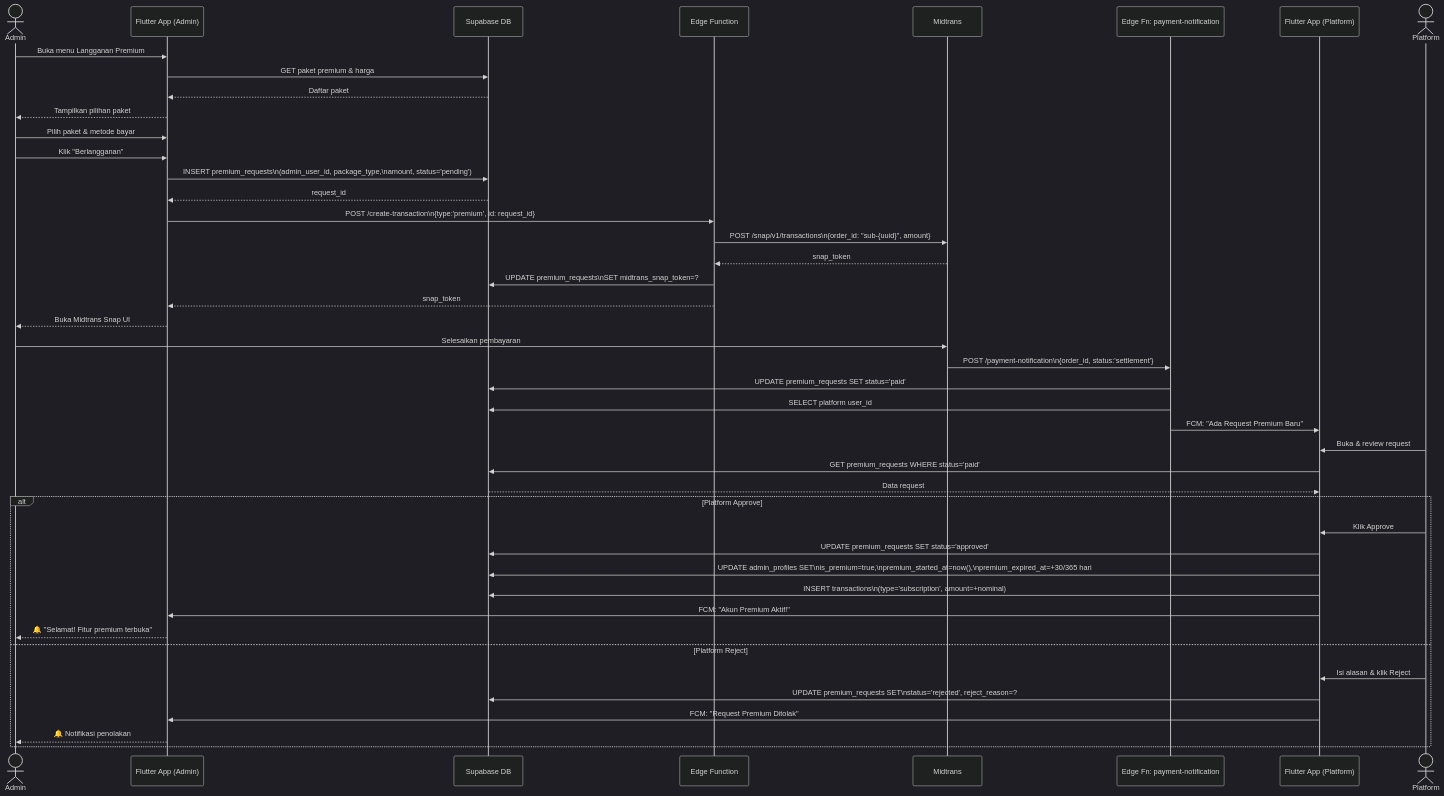
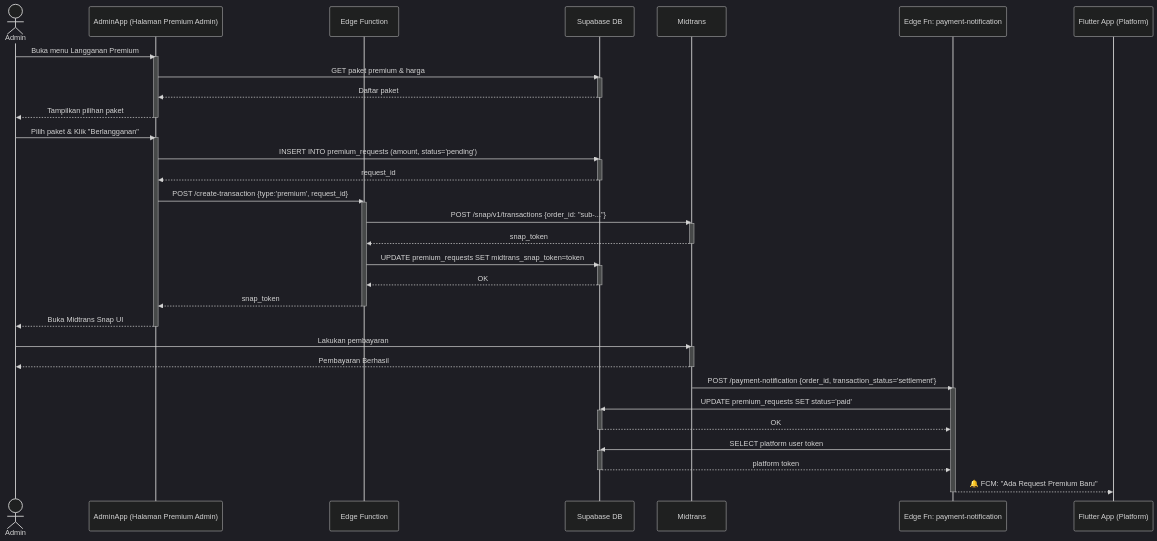
Before and after one commit to yosima050/booyahhub: diagram 41 of 47 in DOKUMENTASI.md, drawn with Mermaid (dark theme). The commit also changed other lines of this file, not shown here.

Commit message:
docs: update user flow documentation with expanded process steps and refined sequence diagrams

````diff
--- a/DOKUMENTASI.md
+++ b/DOKUMENTASI.md
@@ -1352,54 +1617,61 @@
 ```mermaid
 sequenceDiagram
     actor Admin
-    participant App as Flutter App (Admin)
+    participant App as AdminApp (Halaman Premium Admin)
+    participant EdgeFn as Edge Function
     participant DB as Supabase DB
-    participant EdgeFn as Edge Function
     participant MT as Midtrans
     participant WebhookFn as Edge Fn: payment-notification
     participant PlatformApp as Flutter App (Platform)
-    actor Platform
 
     Admin->>App: Buka menu Langganan Premium
+    activate App
     App->>DB: GET paket premium & harga
+    activate DB
     DB-->>App: Daftar paket
+    deactivate DB
     App-->>Admin: Tampilkan pilihan paket
+    deactivate App
 
-    Admin->>App: Pilih paket & metode bayar
-    Admin->>App: Klik "Berlangganan"
+    Admin->>App: Pilih paket & Klik "Berlangganan"
+    activate App
+    App->>DB: INSERT INTO premium_requests (amount, status='pending')
+    activate DB
+    DB-->>App: request_id
+    deactivate DB
 
-    App->>DB: INSERT premium_requests\n(admin_user_id, package_type,\namount, status='pending')
-    DB-->>App: request_id
+    App->>EdgeFn: POST /create-transaction {type:'premium', request_id}
+    activate EdgeFn
+    EdgeFn->>MT: POST /snap/v1/transactions {order_id: "sub-..."}
+    activate MT
+    MT-->>EdgeFn: snap_token
+    deactivate MT
 
-    App->>EdgeFn: POST /create-transaction\n{type:'premium', id: request_id}
-    EdgeFn->>MT: POST /snap/v1/transactions\n{order_id: "sub-{uuid}", amount}
-    MT-->>EdgeFn: snap_token
-    EdgeFn->>DB: UPDATE premium_requests\nSET midtrans_snap_token=?
+    EdgeFn->>DB: UPDATE premium_requests SET midtrans_snap_token=token
+    activate DB
+    DB-->>EdgeFn: OK
+    deactivate DB
     EdgeFn-->>App: snap_token
+    deactivate EdgeFn
 
     App-->>Admin: Buka Midtrans Snap UI
-    Admin->>MT: Selesaikan pembayaran
+    deactivate App
 
-    MT->>WebhookFn: POST /payment-notification\n{order_id, status:'settlement'}
+    Admin->>MT: Lakukan pembayaran
+    activate MT
+    MT-->>Admin: Pembayaran Berhasil
+    deactivate MT
+
+    MT->>WebhookFn: POST /payment-notification {order_id, transaction_status='settlement'}
+    activate WebhookFn
     WebhookFn->>DB: UPDATE premium_requests SET status='paid'
-    WebhookFn->>DB: SELECT platform user_id
-    WebhookFn->>PlatformApp: FCM: "Ada Request Premium Baru"
-
-    Platform->>PlatformApp: Buka & review request
-    PlatformApp->>DB: GET premium_requests WHERE status='paid'
-    DB-->>PlatformApp: Data request
-
-    alt Platform Approve
-        Platform->>PlatformApp: Klik Approve
-        PlatformApp->>DB: UPDATE premium_requests SET status='approved'
-        PlatformApp->>DB: UPDATE admin_profiles SET\nis_premium=true,\npremium_started_at=now(),\npremium_expired_at=+30/365 hari
-        PlatformApp->>DB: INSERT transactions\n(type='subscription', amount=+nominal)
-        PlatformApp->>App: FCM: "Akun Premium Aktif!"
-        App-->>Admin: 🔔 "Selamat! Fitur premium terbuka"
-    else Platform Reject
-        Platform->>PlatformApp: Isi alasan & klik Reject
-        PlatformApp->>DB: UPDATE premium_requests SET\nstatus='rejected', reject_reason=?
-        PlatformApp->>App: FCM: "Request Premium Ditolak"
-        App-->>Admin: 🔔 Notifikasi penolakan
-    end
+    activate DB
+    DB-->>WebhookFn: OK
+    deactivate DB
+    WebhookFn->>DB: SELECT platform user token
+    activate DB
+    DB-->>WebhookFn: platform token
+    deactivate DB
+    WebhookFn-->>PlatformApp: 🔔 FCM: "Ada Request Premium Baru"
+    deactivate WebhookFn
 ```
````
